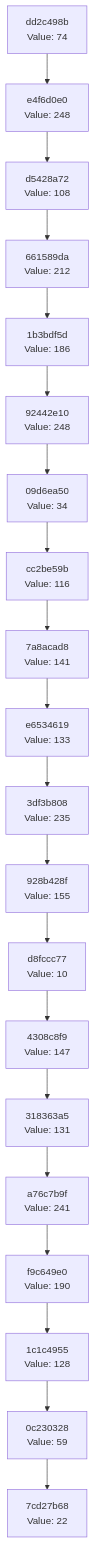
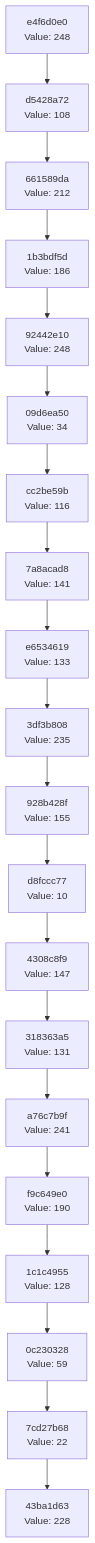
Before and after one commit to Abhisheksinha1506/hash-chain-evolver: the diagram in docs/CHAIN_VISUALIZATION.md, drawn with Mermaid. The commit also changed 2 other files, not shown here.

Commit message:
Evolution step: hash 0xE4 → action executed

````diff
--- a/docs/CHAIN_VISUALIZATION.md
+++ b/docs/CHAIN_VISUALIZATION.md
@@ -3,42 +3,42 @@
 ```mermaid
 graph TD
-    C0["7cd27b68<br/>Value: 22"]
-    C1["0c230328<br/>Value: 59"]
+    C0["43ba1d63<br/>Value: 228"]
+    C1["7cd27b68<br/>Value: 22"]
     C1 --> C0
-    C2["1c1c4955<br/>Value: 128"]
+    C2["0c230328<br/>Value: 59"]
     C2 --> C1
-    C3["f9c649e0<br/>Value: 190"]
+    C3["1c1c4955<br/>Value: 128"]
     C3 --> C2
-    C4["a76c7b9f<br/>Value: 241"]
+    C4["f9c649e0<br/>Value: 190"]
     C4 --> C3
-    C5["318363a5<br/>Value: 131"]
+    C5["a76c7b9f<br/>Value: 241"]
     C5 --> C4
-    C6["4308c8f9<br/>Value: 147"]
+    C6["318363a5<br/>Value: 131"]
     C6 --> C5
-    C7["d8fccc77<br/>Value: 10"]
+    C7["4308c8f9<br/>Value: 147"]
     C7 --> C6
-    C8["928b428f<br/>Value: 155"]
+    C8["d8fccc77<br/>Value: 10"]
     C8 --> C7
-    C9["3df3b808<br/>Value: 235"]
+    C9["928b428f<br/>Value: 155"]
     C9 --> C8
-    C10["e6534619<br/>Value: 133"]
+    C10["3df3b808<br/>Value: 235"]
     C10 --> C9
-    C11["7a8acad8<br/>Value: 141"]
+    C11["e6534619<br/>Value: 133"]
     C11 --> C10
-    C12["cc2be59b<br/>Value: 116"]
+    C12["7a8acad8<br/>Value: 141"]
     C12 --> C11
-    C13["09d6ea50<br/>Value: 34"]
+    C13["cc2be59b<br/>Value: 116"]
     C13 --> C12
-    C14["92442e10<br/>Value: 248"]
+    C14["09d6ea50<br/>Value: 34"]
     C14 --> C13
-    C15["1b3bdf5d<br/>Value: 186"]
+    C15["92442e10<br/>Value: 248"]
     C15 --> C14
-    C16["661589da<br/>Value: 212"]
+    C16["1b3bdf5d<br/>Value: 186"]
     C16 --> C15
-    C17["d5428a72<br/>Value: 108"]
+    C17["661589da<br/>Value: 212"]
     C17 --> C16
-    C18["e4f6d0e0<br/>Value: 248"]
+    C18["d5428a72<br/>Value: 108"]
     C18 --> C17
-    C19["dd2c498b<br/>Value: 74"]
+    C19["e4f6d0e0<br/>Value: 248"]
     C19 --> C18
 ```
````
